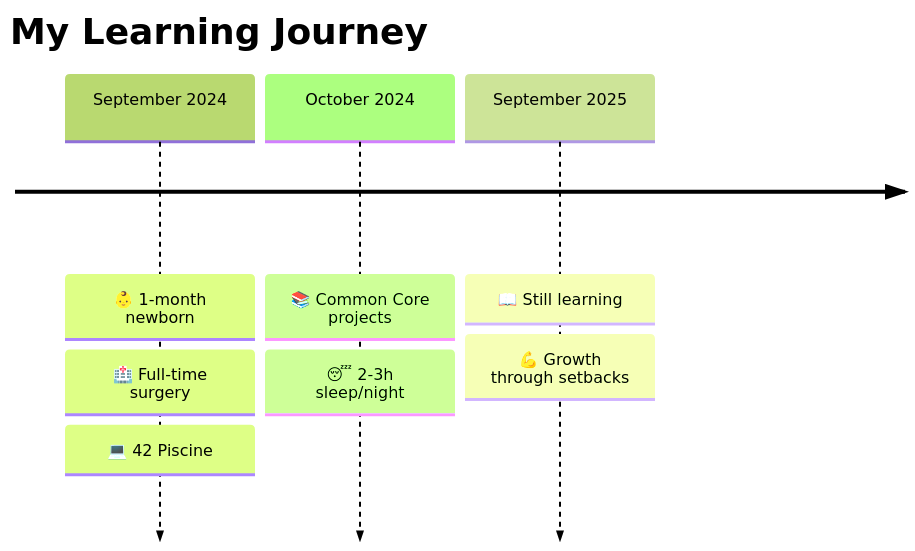
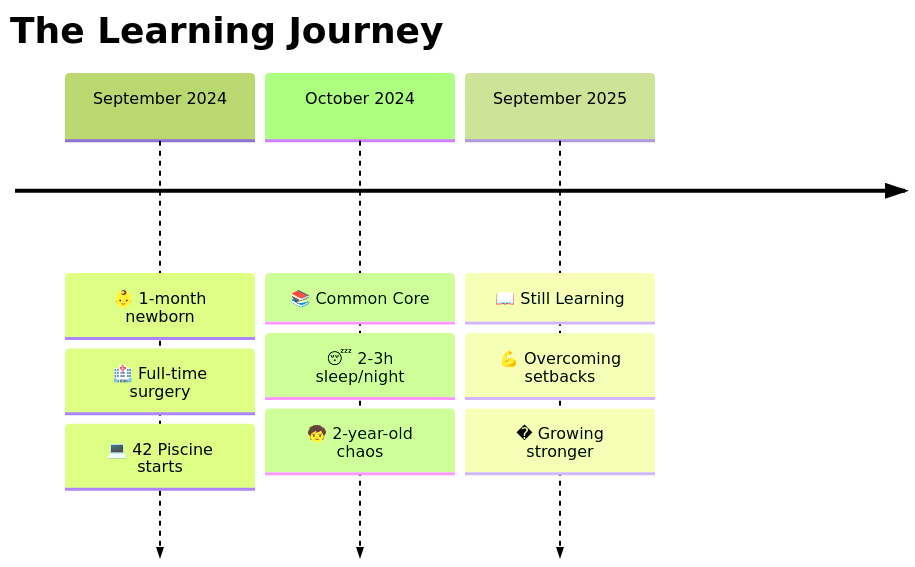
Before and after one commit to melaniereis/melaniereis: the first of 2 diagrams in README.md, drawn with Mermaid (forest theme). The commit also changed other lines of this file, not shown here.

First line of the commit message:
Revise README content and update personal journey

````diff
--- a/README.md
+++ b/README.md
@@ -25,7 +29,7 @@
 ```mermaid
 timeline
-    title My Learning Journey
-    September 2024 : 👶 1-month newborn : 🏥 Full-time surgery : 💻 42 Piscine
-    October 2024   : 📚 Common Core projects : 😴 2-3h sleep/night
-    September 2025 : 📖 Still learning : 💪 Growth through setbacks
+    title The Learning Journey
+    September 2024 : 👶 1-month newborn : 🏥 Full-time surgery : 💻 42 Piscine starts
+    October 2024   : 📚 Common Core : 😴 2-3h sleep/night : 🧒 2-year-old chaos
+    September 2025 : 📖 Still Learning : 💪 Overcoming setbacks : � Growing stronger
 ```
````
